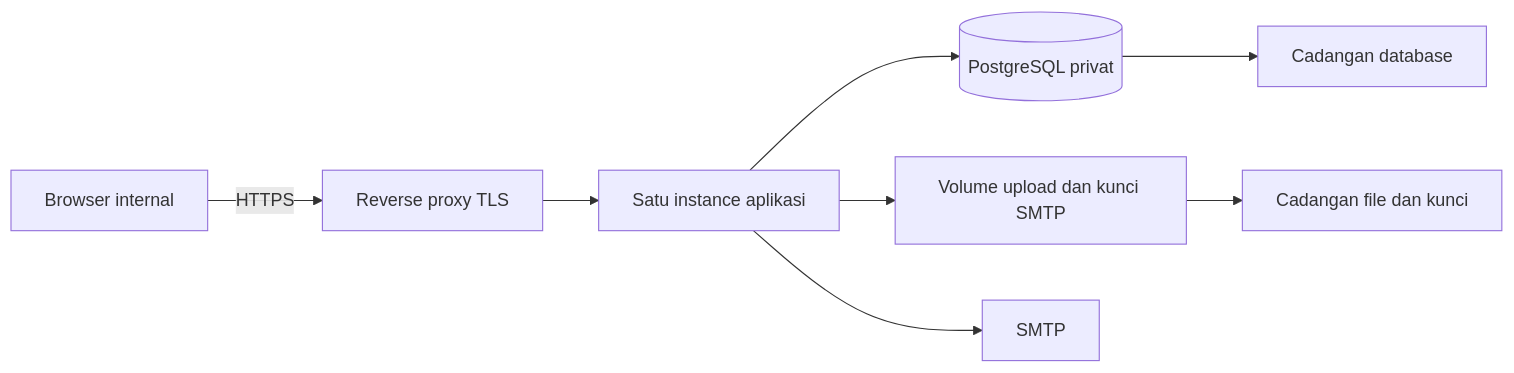
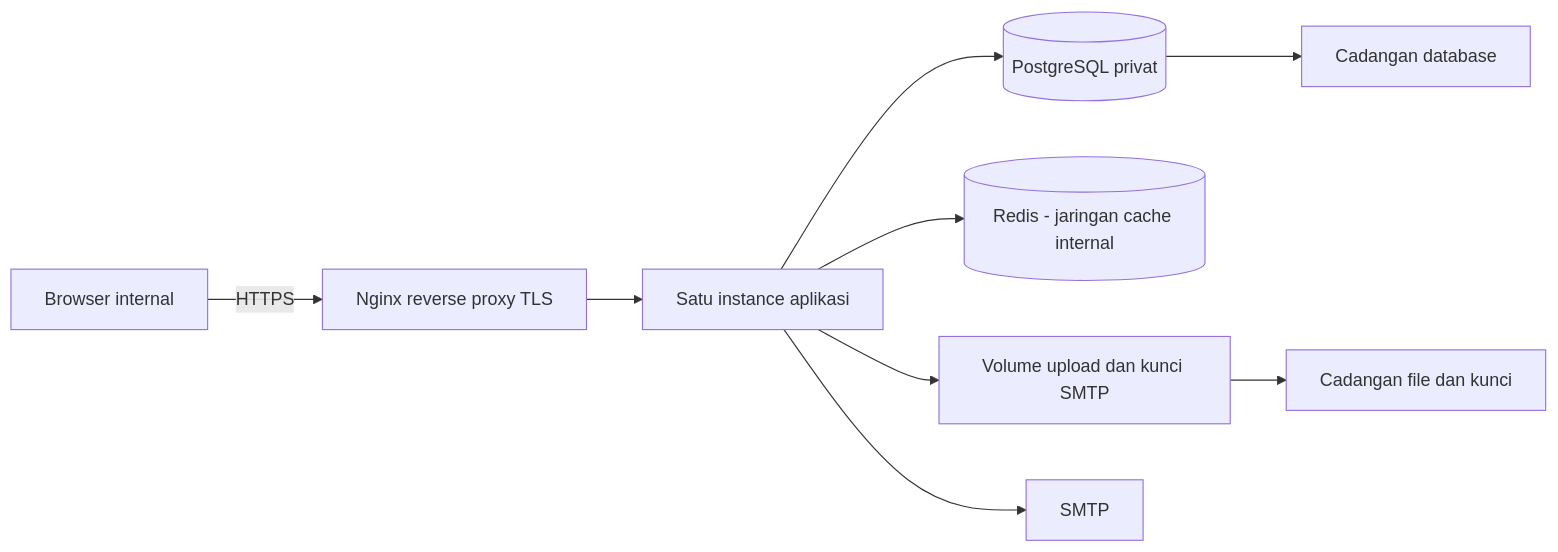
One commit to lukmanul160/IT-Security-Maturity-Basis-NIST-CSF-2.0- changed the third of 3 diagrams in docs/HIGH_LEVEL_DESIGN.md. Above: the diagram before and after it, drawn with Mermaid. The commit also changed other lines of this file and 12 other files, not shown here.

````diff
--- a/docs/HIGH_LEVEL_DESIGN.md
+++ b/docs/HIGH_LEVEL_DESIGN.md
@@ -102,10 +103,11 @@
 ```mermaid
 flowchart LR
-    U[Browser internal] -->|HTTPS| P[Reverse proxy TLS]
+    U[Browser internal] -->|HTTPS| P[Nginx reverse proxy TLS]
     P --> A[Satu instance aplikasi]
     A --> D[(PostgreSQL privat)]
+    A --> R[(Redis - jaringan cache internal)]
     A --> V[Volume upload dan kunci SMTP]
     A --> M[SMTP]
     D --> B[Cadangan database]
     V --> B2[Cadangan file dan kunci]
 ```
````
